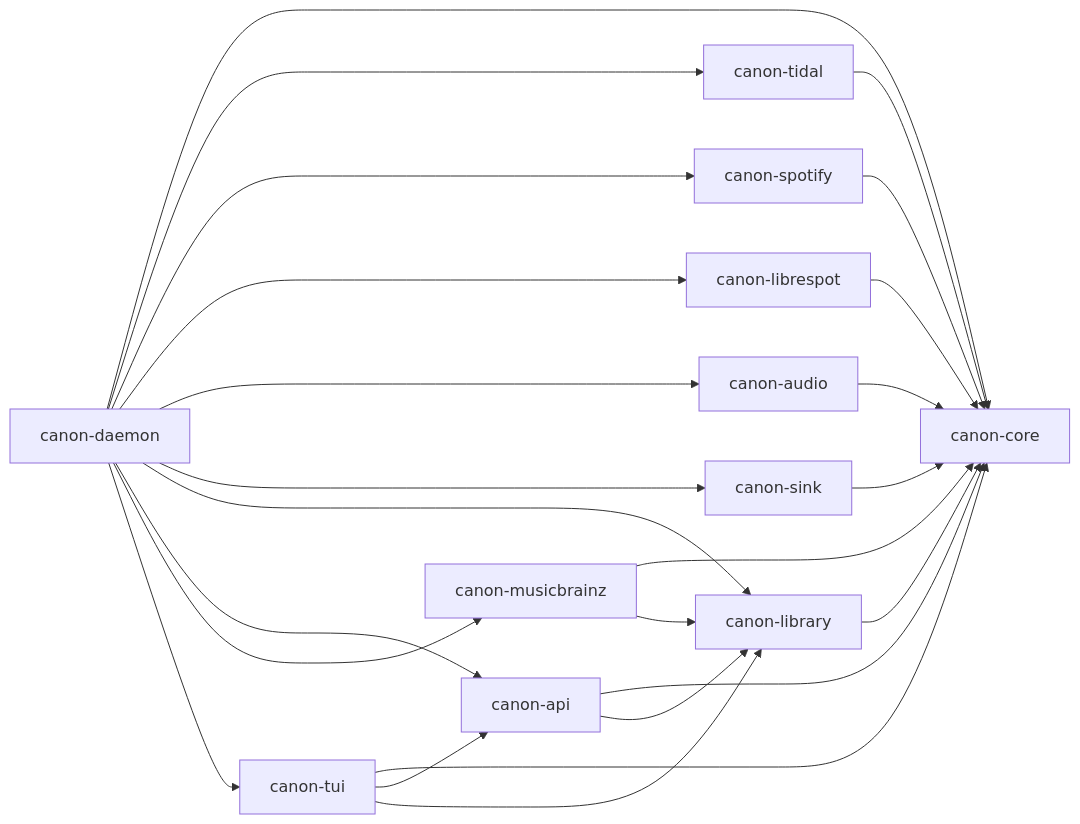
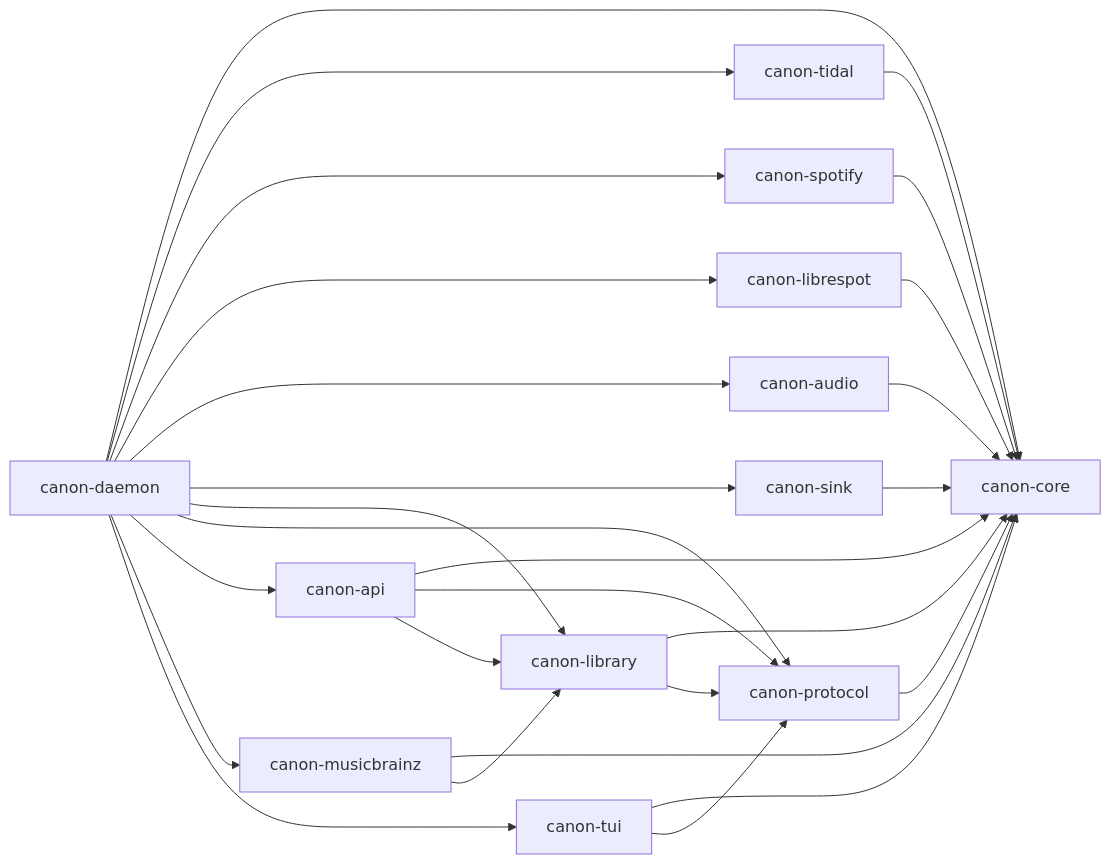
One commit to joelgwebber/canon changed the second of 2 diagrams in docs/arch.md. Above: the diagram before and after it, drawn with Mermaid. The commit also changed other lines of this file and 26 other files, not shown here.

First line of the commit message:
Move every wire type into a canon-protocol crate (canon-e329)

````diff
--- a/docs/arch.md
+++ b/docs/arch.md
@@ -100,26 +100,29 @@
 ```mermaid
 flowchart LR
     TIDAL[canon-tidal] --> CORE[canon-core]
     SPOTIFY[canon-spotify] --> CORE
     LIBRESPOT[canon-librespot] --> CORE
     AUDIO[canon-audio] --> CORE
     SINK[canon-sink] --> CORE
+    PROTO[canon-protocol] --> CORE
     LIB[canon-library] --> CORE
+    LIB --> PROTO
     API[canon-api] --> CORE
+    API --> PROTO
     API --> LIB
     MB[canon-musicbrainz] --> CORE
     MB --> LIB
     TUI[canon-tui] --> CORE
-    TUI --> API
-    TUI --> LIB
+    TUI --> PROTO
     DAEMON[canon-daemon] --> CORE
     DAEMON --> TIDAL
     DAEMON --> SPOTIFY
     DAEMON --> LIBRESPOT
     DAEMON --> AUDIO
     DAEMON --> SINK
     DAEMON --> LIB
+    DAEMON --> PROTO
     DAEMON --> API
     DAEMON --> MB
     DAEMON --> TUI
 ```
````
